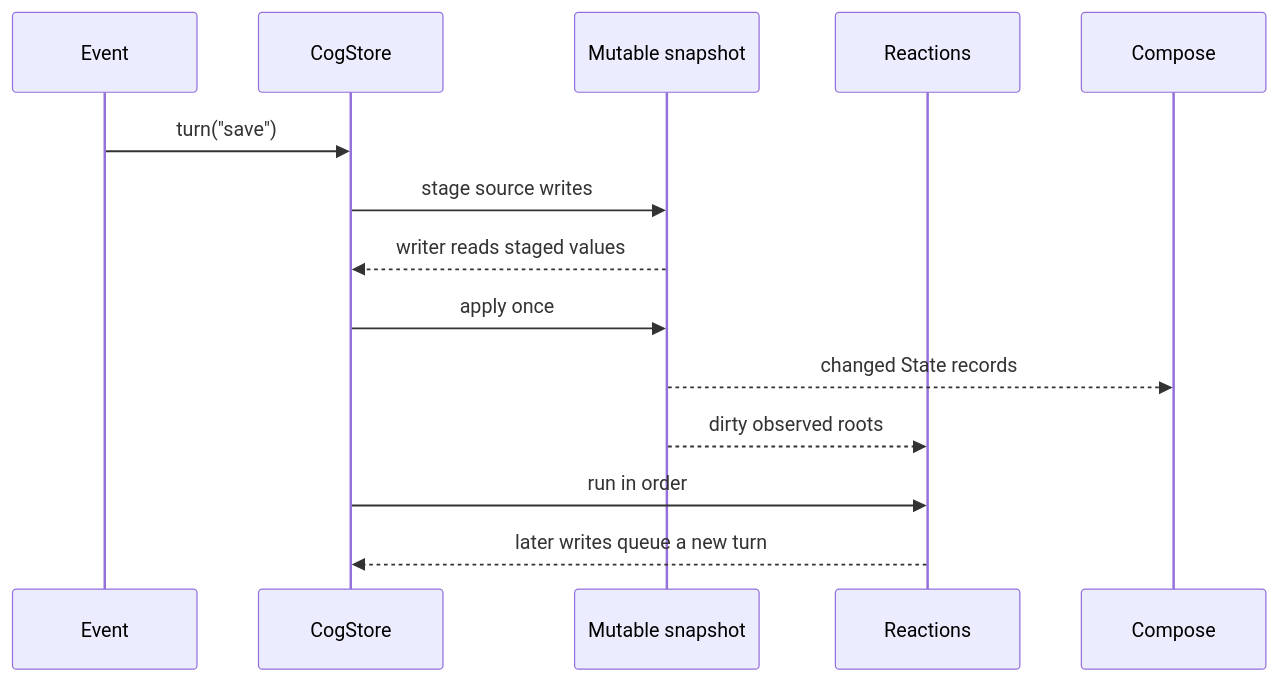
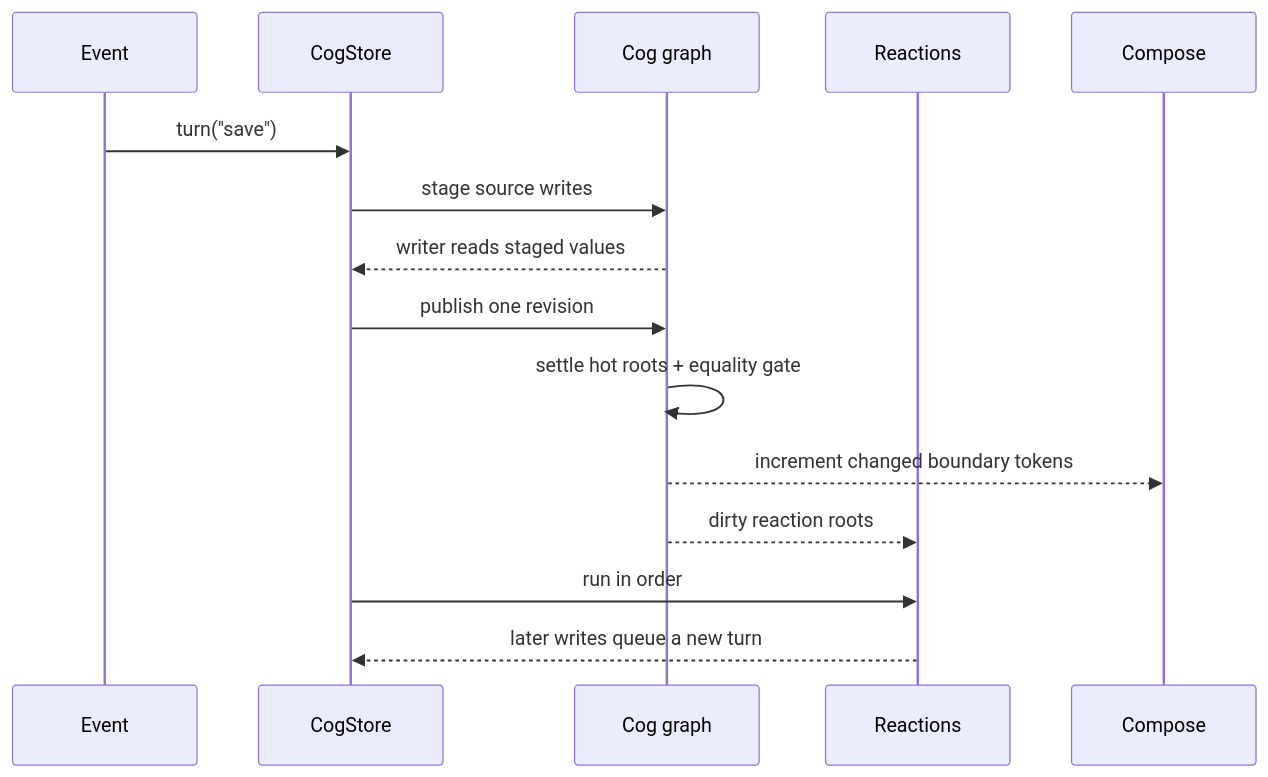
The third of 4 diagrams in docs/kotlin/exploration.md (skeswa/cog), drawn with Mermaid before and after one commit. The commit also changed other lines of this file and 5 other files, not shown here.

````diff
--- a/docs/kotlin/exploration.md
+++ b/docs/kotlin/exploration.md
@@ -264,16 +261,17 @@
 ```mermaid
 sequenceDiagram
     participant E as Event
     participant C as CogStore
-    participant S as Mutable snapshot
+    participant G as Cog graph
     participant R as Reactions
     participant U as Compose
     E->>C: turn("save")
-    C->>S: stage source writes
-    S-->>C: writer reads staged values
-    C->>S: apply once
-    S-->>U: changed State records
-    S-->>R: dirty observed roots
+    C->>G: stage source writes
+    G-->>C: writer reads staged values
+    C->>G: publish one revision
+    G->>G: settle hot roots + equality gate
+    G-->>U: increment changed boundary tokens
+    G-->>R: dirty reaction roots
     C->>R: run in order
     R-->>C: later writes queue a new turn
 ```
````
